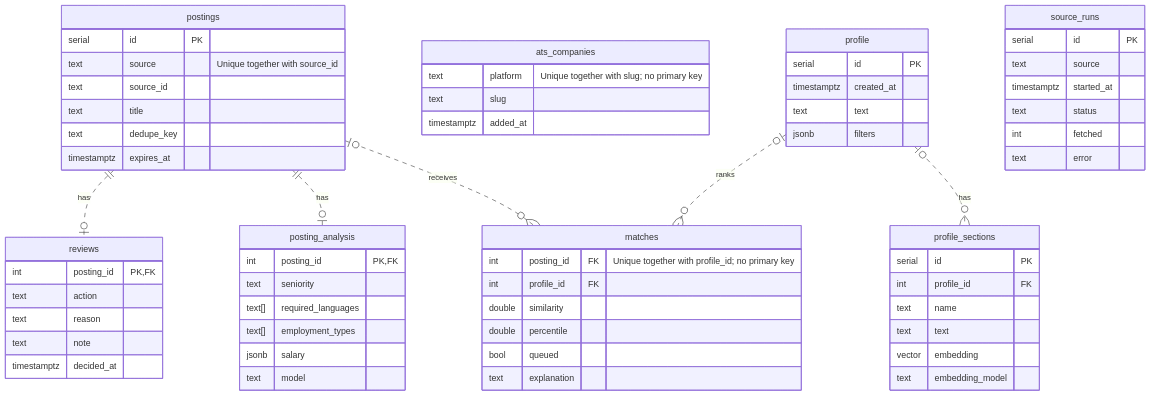
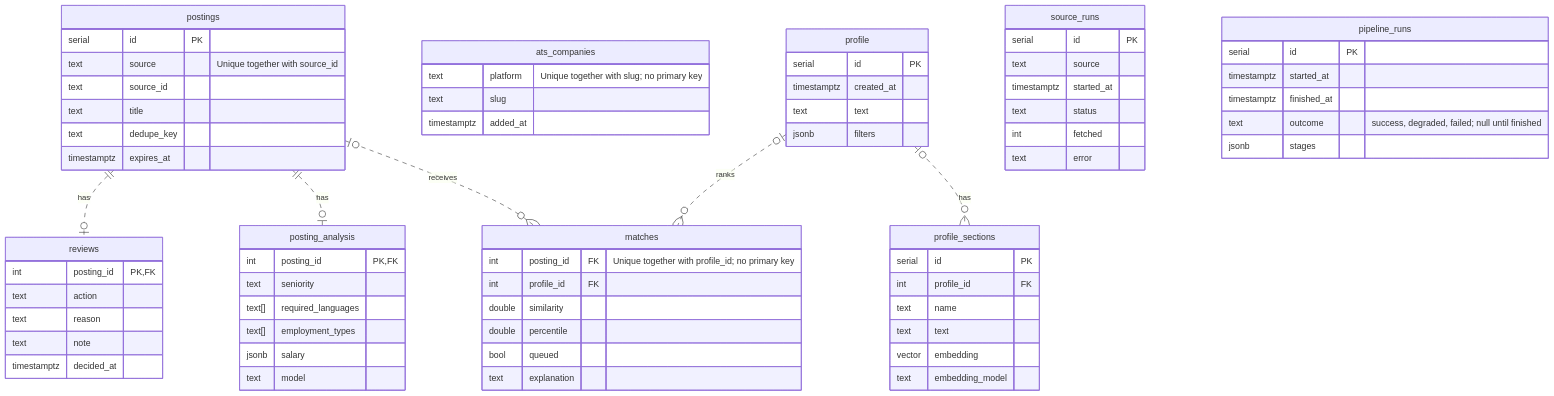
Before and after one commit to egigj-dev/jagent: the second of 4 diagrams in docs/architecture.md, drawn with Mermaid. The commit also changed other lines of this file and 19 other files, not shown here.

````diff
--- a/docs/architecture.md
+++ b/docs/architecture.md
@@ -78,66 +79,73 @@
 ```mermaid
 erDiagram
     postings {
         serial id PK
         text source "Unique together with source_id"
         text source_id
         text title
         text dedupe_key
         timestamptz expires_at
     }
     ats_companies {
         text platform "Unique together with slug; no primary key"
         text slug
         timestamptz added_at
     }
     profile {
         serial id PK
         timestamptz created_at
         text text
         jsonb filters
     }
     profile_sections {
         serial id PK
         int profile_id FK
         text name
         text text
         vector embedding
         text embedding_model
     }
     matches {
         int posting_id FK "Unique together with profile_id; no primary key"
         int profile_id FK
         double similarity
         double percentile
         bool queued
         text explanation
     }
     source_runs {
         serial id PK
         text source
         timestamptz started_at
         text status
         int fetched
         text error
     }
     posting_analysis {
         int posting_id PK, FK
         text seniority
         text[] required_languages
         text[] employment_types
         jsonb salary
         text model
     }
     reviews {
         int posting_id PK, FK
         text action
         text reason
         text note
         timestamptz decided_at
     }
+    pipeline_runs {
+        serial id PK
+        timestamptz started_at
+        timestamptz finished_at
+        text outcome "success, degraded, failed; null until finished"
+        jsonb stages
+    }
     profile |o..o{ profile_sections : has
     profile |o..o{ matches : ranks
     postings |o..o{ matches : receives
     postings ||..o| posting_analysis : has
     postings ||..o| reviews : has
 ```
````
